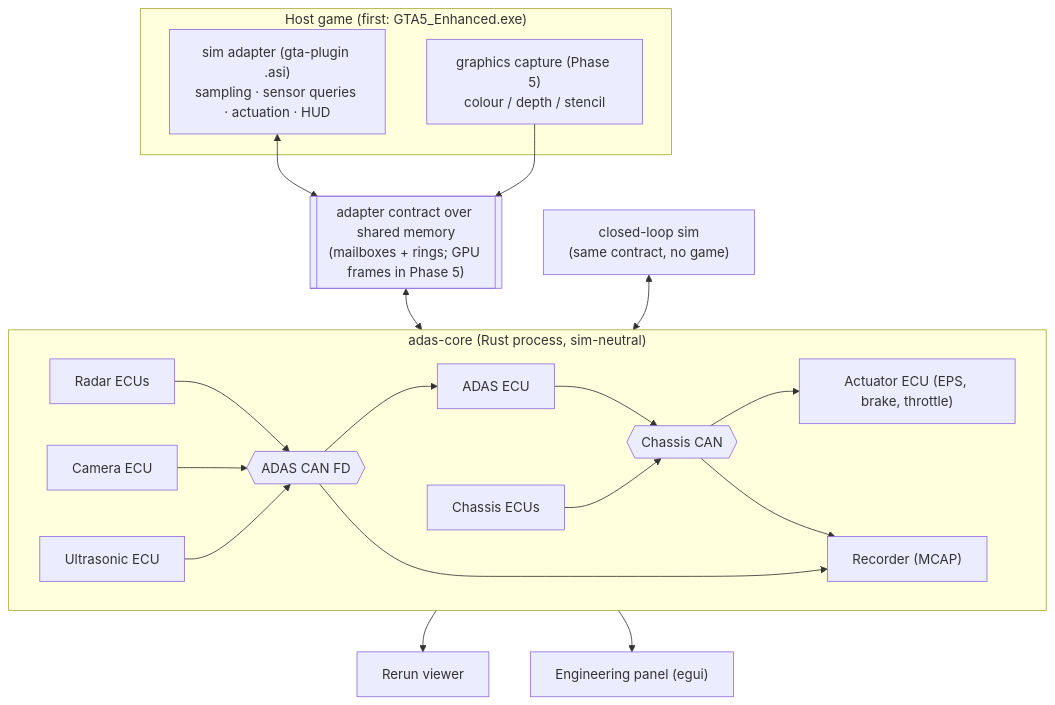
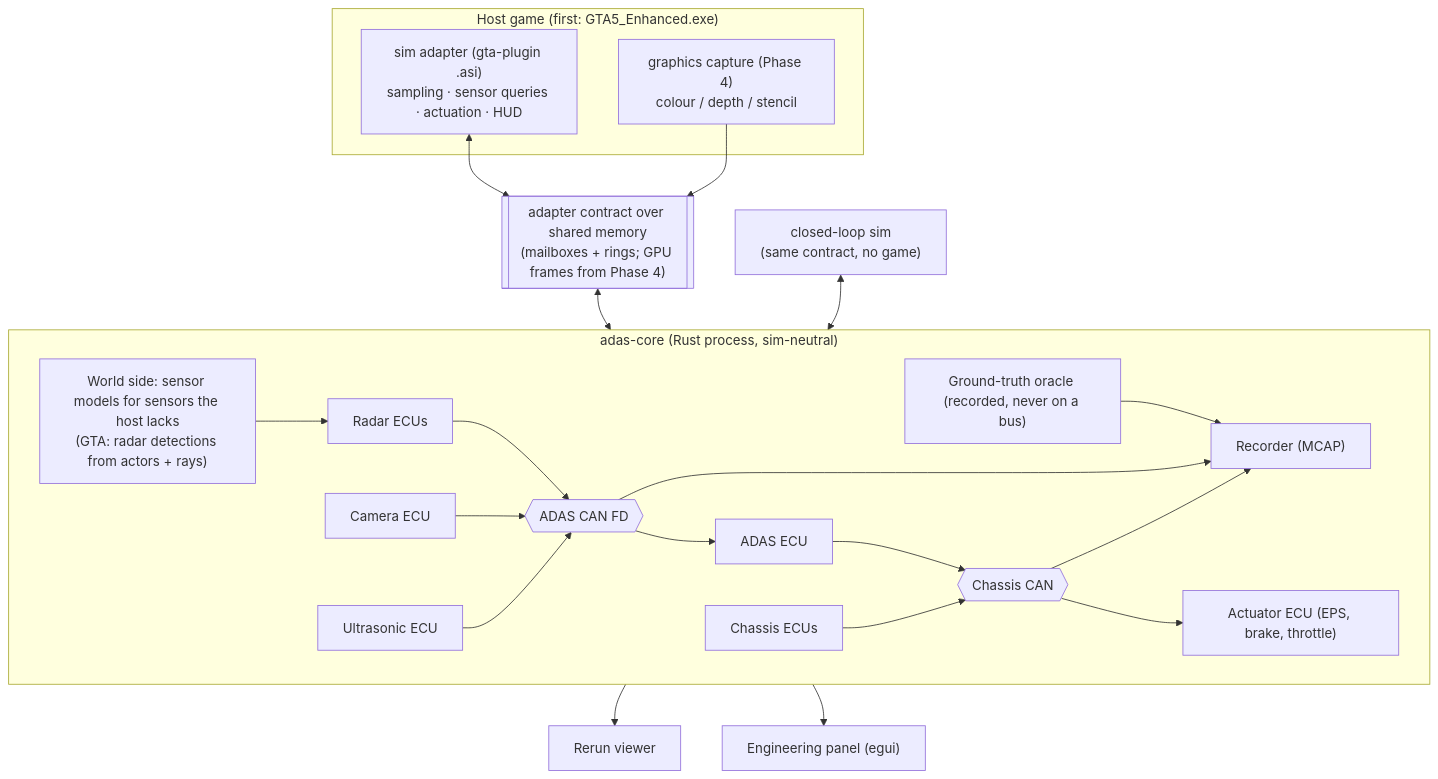
The diagram in docs/PRD.md (iRecycled/GTA-5-Autopilot), drawn with Mermaid before and after one commit. The commit also changed other lines of this file and 2 other files, not shown here.

First line of the commit message:
Plan: the sensor boundary (D30); Phase 3 closed without its gate

````diff
--- a/docs/PRD.md
+++ b/docs/PRD.md
@@ -87,36 +96,40 @@
 ```mermaid
 flowchart TB
   subgraph game["Host game (first: GTA5_Enhanced.exe)"]
     adapter["sim adapter (gta-plugin .asi)<br>sampling · sensor queries · actuation · HUD"]
-    gfx["graphics capture (Phase 5)<br>colour / depth / stencil"]
+    gfx["graphics capture (Phase 4)<br>colour / depth / stencil"]
   end
-  shm[["adapter contract over shared memory<br>(mailboxes + rings; GPU frames in Phase 5)"]]
+  shm[["adapter contract over shared memory<br>(mailboxes + rings; GPU frames from Phase 4)"]]
   adapter <--> shm
   gfx --> shm
   subgraph core["adas-core (Rust process, sim-neutral)"]
+    world["World side: sensor models for sensors the host lacks<br>(GTA: radar detections from actors + rays)"]
+    oracle["Ground-truth oracle (recorded, never on a bus)"]
     radar["Radar ECUs"]
     cam["Camera ECU"]
     us["Ultrasonic ECU"]
     adascan{{"ADAS CAN FD"}}
     adas["ADAS ECU"]
     chassis{{"Chassis CAN"}}
     act["Actuator ECU (EPS, brake, throttle)"]
     chs["Chassis ECUs"]
     rec["Recorder (MCAP)"]
+    world --> radar
     radar --> adascan
     cam --> adascan
+    oracle --> rec
     us --> adascan
     adascan --> adas
     adas --> chassis
     chassis --> act
     chs --> chassis
     adascan --> rec
     chassis --> rec
   end
   shm <--> core
   sim["closed-loop sim<br>(same contract, no game)"] <--> core
   rerun["Rerun viewer"]
   ui["Engineering panel (egui)"]
   core --> rerun
   core --> ui
 ```
````
